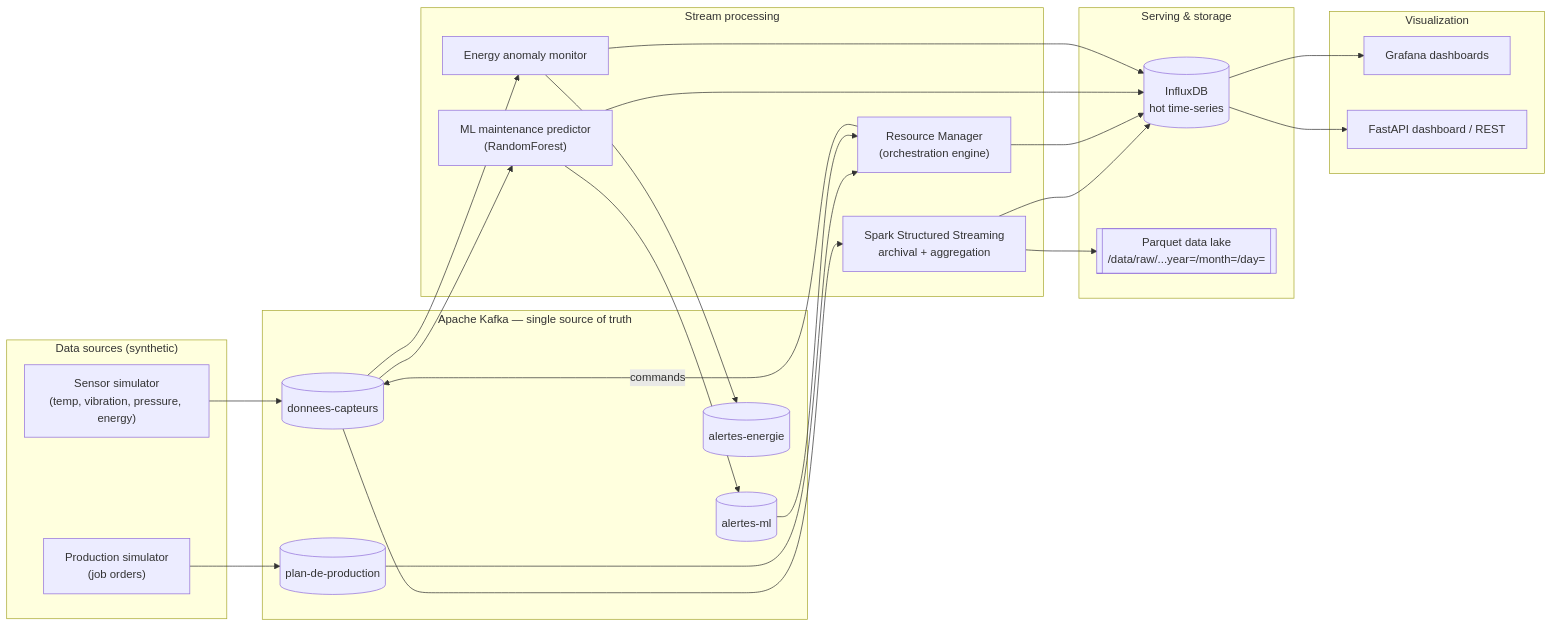
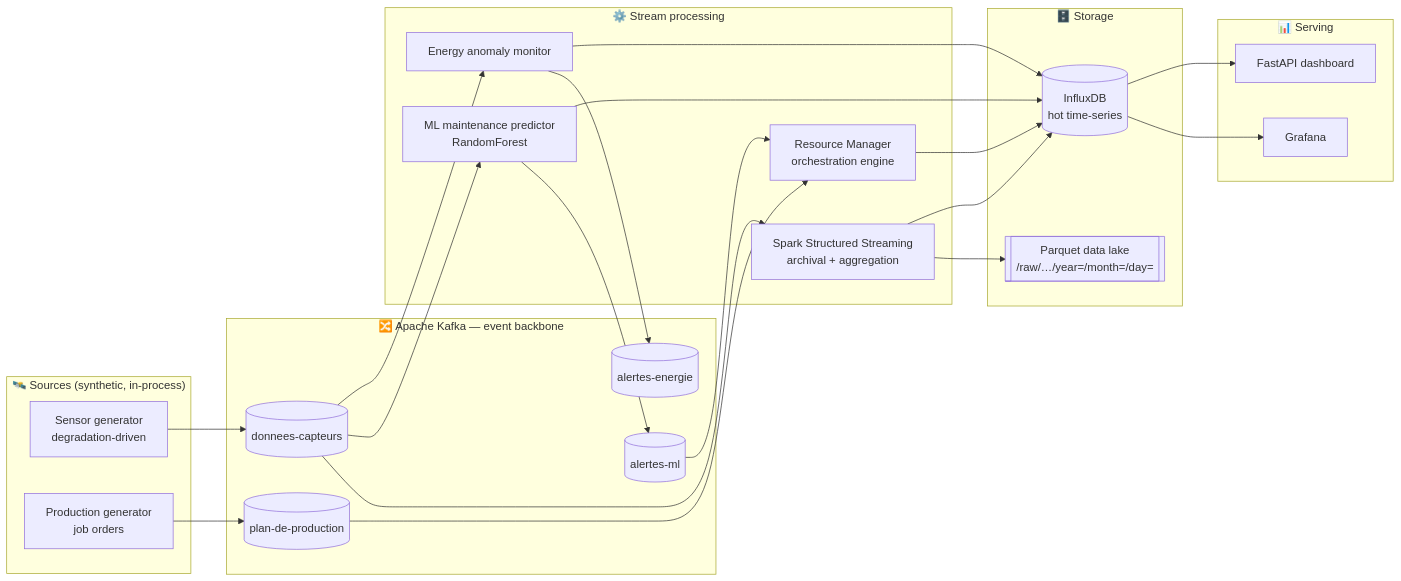
The first of 2 diagrams in README.md (AhmedBelhouchette/kafka-fiesta), drawn with Mermaid before and after one commit. The commit also changed other lines of this file and 1 other file, not shown here.

````diff
--- a/README.md
+++ b/README.md
@@ -25,49 +41,45 @@
 ```mermaid
 flowchart LR
-    subgraph Sources["Data sources (synthetic)"]
-        S1["Sensor simulator<br/>(temp, vibration, pressure, energy)"]
-        S2["Production simulator<br/>(job orders)"]
+    subgraph SRC["🛰️ Sources (synthetic, in-process)"]
+        S1["Sensor generator<br/>degradation-driven"]
+        S2["Production generator<br/>job orders"]
     end
 
-    subgraph Bus["Apache Kafka — single source of truth"]
+    subgraph BUS["🔀 Apache Kafka — event backbone"]
         K1[("donnees-capteurs")]
         K2[("plan-de-production")]
         K3[("alertes-ml")]
         K4[("alertes-energie")]
     end
 
-    subgraph Processing["Stream processing"]
+    subgraph PROC["⚙️ Stream processing"]
         SP["Spark Structured Streaming<br/>archival + aggregation"]
-        ML["ML maintenance predictor<br/>(RandomForest)"]
+        ML["ML maintenance predictor<br/>RandomForest"]
         EN["Energy anomaly monitor"]
-        RM["Resource Manager<br/>(orchestration engine)"]
+        RM["Resource Manager<br/>orchestration engine"]
     end
 
-    subgraph Serving["Serving & storage"]
+    subgraph STORE["🗄️ Storage"]
+        LAKE[["Parquet data lake<br/>/raw/…/year=/month=/day="]]
         IDB[("InfluxDB<br/>hot time-series")]
-        LAKE[["Parquet data lake<br/>/data/raw/...year=/month=/day="]]
     end
 
-    subgraph Viz["Visualization"]
-        GRAF["Grafana dashboards"]
-        API["FastAPI dashboard / REST"]
+    subgraph VIZ["📊 Serving"]
+        GRAF["Grafana"]
+        API["FastAPI dashboard"]
     end
 
     S1 --> K1
     S2 --> K2
-    K1 --> SP
-    K1 --> ML
-    K1 --> EN
-    SP --> LAKE
+    K1 --> SP --> LAKE
     SP --> IDB
-    ML --> K3
-    EN --> K4
+    K1 --> ML --> K3
+    K1 --> EN --> K4
     K2 --> RM
     K3 --> RM
     RM --> IDB
     ML --> IDB
     EN --> IDB
     IDB --> GRAF
     IDB --> API
-    RM -->|"commands"| K1
 ```
````
